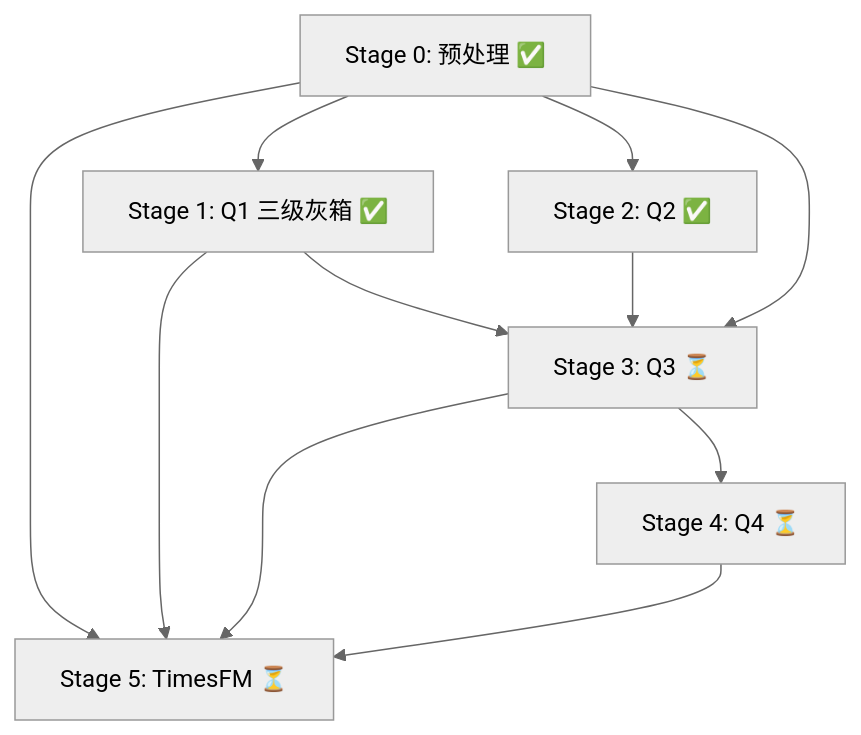
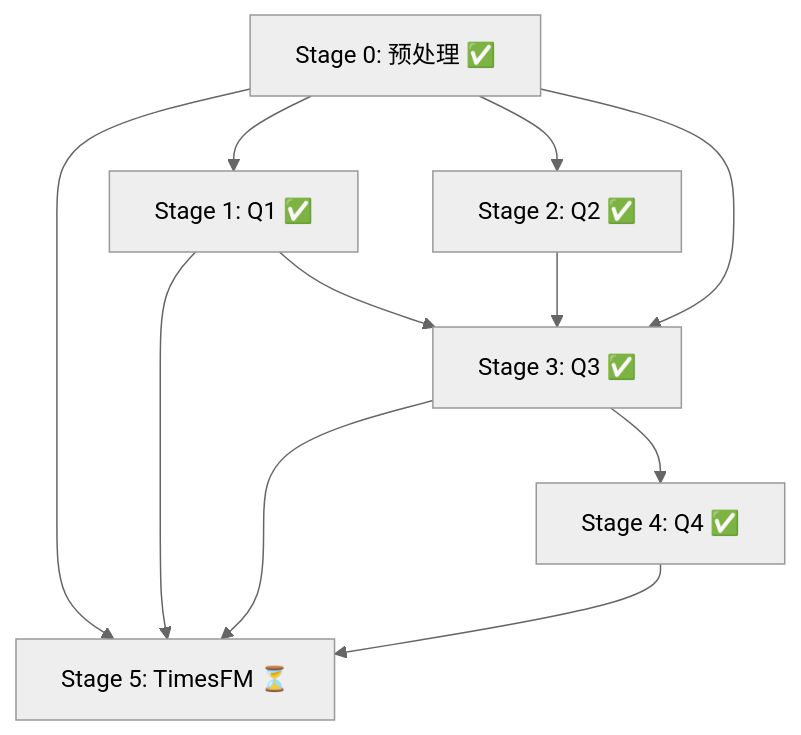
The diagram in PLAN.md (Doublewestie/2026-CUMCM-Prep-R1), drawn with Mermaid (neutral theme) before and after one commit. The commit also changed other lines of this file and 4 other files, not shown here.

````diff
--- a/PLAN.md
+++ b/PLAN.md
@@ -134,13 +157,13 @@
 ```mermaid
 graph TD
-    S0[Stage 0: 预处理 ✅] --> S1[Stage 1: Q1 三级灰箱 ✅]
+    S0[Stage 0: 预处理 ✅] --> S1[Stage 1: Q1 ✅]
     S0 --> S2[Stage 2: Q2 ✅]
     S0 --> S5[Stage 5: TimesFM ⏳]
-    S1 --> S3[Stage 3: Q3 ⏳]
+    S1 --> S3[Stage 3: Q3 ✅]
     S2 --> S3
     S0 --> S3
-    S3 --> S4[Stage 4: Q4 ⏳]
+    S3 --> S4[Stage 4: Q4 ✅]
     S1 --> S5
     S3 --> S5
     S4 --> S5
 ```
````
